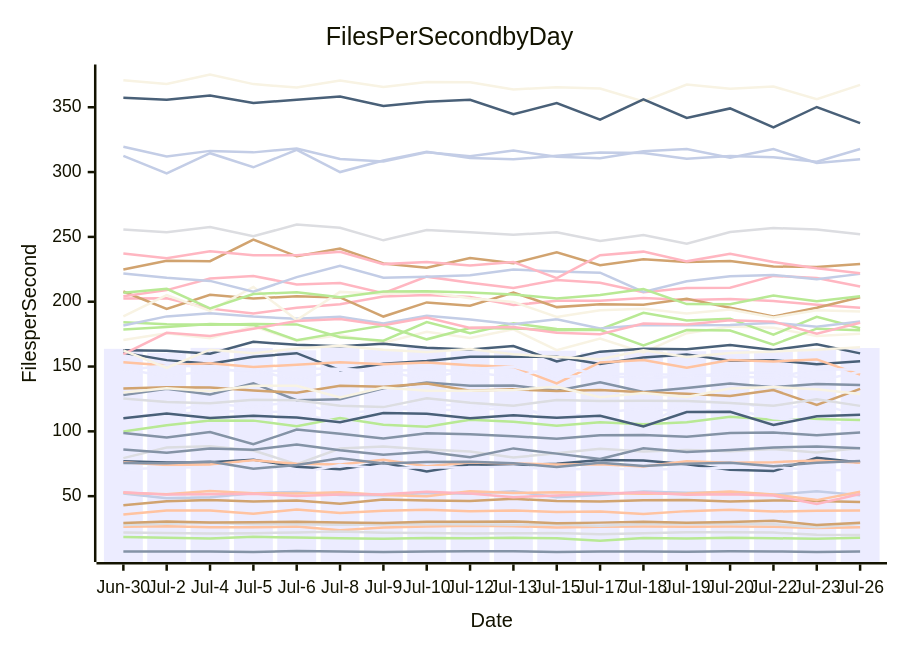
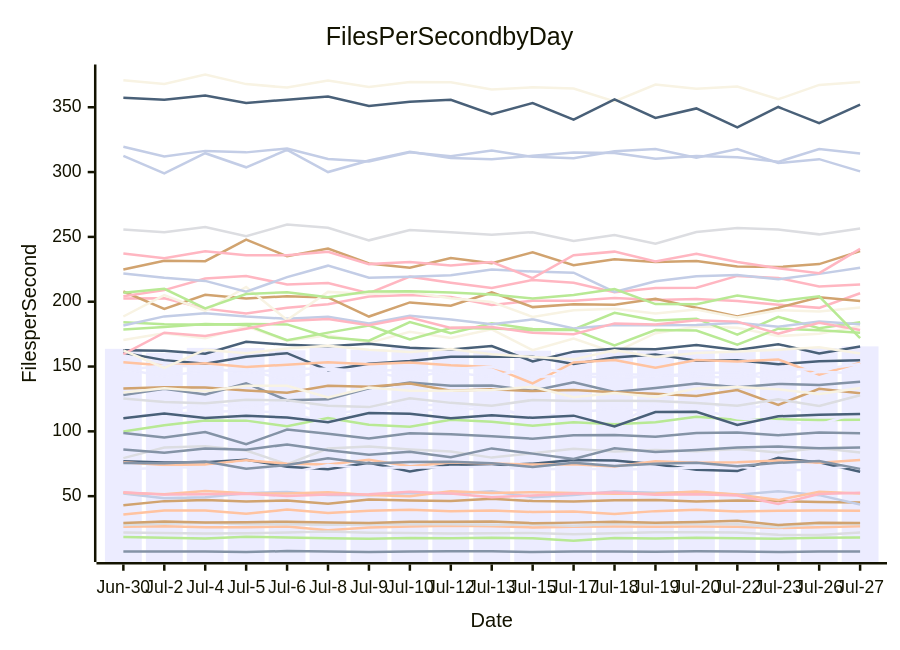
One commit to streetsidesoftware/cspell changed the diagram in perf-report.md. Above: the diagram before and after it, drawn with Mermaid. The commit also changed other lines of this file and 1 other file, not shown here.

````diff
--- a/perf-report.md
+++ b/perf-report.md
@@ -10,57 +10,57 @@
 ```mermaid
 xychart-beta
     title Files Per Second by Day
     y-axis Files per Second
-    x-axis Date [Jun-30, Jul-2, Jul-4, Jul-5, Jul-6, Jul-8, Jul-9, Jul-10, Jul-12, Jul-13, Jul-15, Jul-17, Jul-18, Jul-19, Jul-20, Jul-22, Jul-23, Jul-26]
-    bar [163.65, 160.66, 164.38, 164.27, 162.48, 164.83, 163.05, 164.68, 163.19, 162.43, 162.24, 160.81, 162.11, 161.80, 162.84, 161.83, 163.82, 164.32]
-    line [7.37, 7.23, 7.36, 6.99, 7.61, 7.24, 7.01, 7.27, 7.49, 7.49, 6.93, 7.35, 7.41, 7.13, 7.42, 7.37, 6.94, 7.34]
-    line [26.35, 26.84, 26.11, 26.06, 26.52, 23.76, 25.86, 26.61, 27.13, 26.83, 25.90, 26.40, 26.69, 26.50, 26.68, 26.34, 25.46, 26.08]
-    line [27.82, 28.74, 29.48, 28.36, 28.34, 27.98, 28.10, 28.43, 28.38, 28.02, 28.20, 27.23, 28.58, 28.56, 28.51, 28.41, 26.08, 28.71]
-    line [18.49, 17.94, 17.30, 18.64, 18.07, 17.45, 17.16, 17.77, 17.48, 17.96, 17.52, 15.60, 17.77, 17.44, 17.98, 17.51, 17.20, 17.96]
-    line [42.95, 46.17, 47.03, 45.86, 46.70, 44.23, 47.36, 46.58, 46.27, 47.99, 46.18, 45.89, 46.88, 47.09, 45.82, 46.71, 46.24, 45.49]
-    line [52.00, 48.43, 49.22, 52.34, 53.26, 50.86, 50.66, 52.36, 51.79, 53.82, 49.25, 50.85, 53.53, 52.69, 53.02, 51.19, 53.86, 50.78]
-    line [202.54, 202.72, 194.67, 190.86, 195.33, 197.97, 203.94, 205.22, 203.61, 197.40, 200.74, 200.72, 202.94, 201.36, 202.08, 200.55, 197.73, 195.25]
-    line [160.69, 154.94, 152.23, 157.47, 160.32, 147.14, 152.12, 154.25, 157.55, 157.57, 157.54, 152.05, 156.89, 159.37, 154.51, 154.84, 151.75, 154.10]
-    line [170.49, 175.75, 171.75, 180.95, 169.97, 174.21, 168.28, 176.77, 172.02, 178.72, 162.59, 171.56, 160.94, 175.73, 180.87, 179.86, 173.49, 175.22]
-    line [109.29, 115.47, 121.09, 119.06, 122.86, 112.77, 117.49, 120.30, 120.41, 118.48, 111.84, 112.66, 103.82, 121.72, 123.96, 116.30, 121.57, 112.16]
-    line [127.99, 132.91, 128.52, 136.97, 123.97, 124.67, 133.15, 137.66, 135.26, 135.39, 131.25, 137.83, 130.35, 133.37, 136.93, 134.10, 136.61, 135.79]
-    line [52.69, 51.50, 53.98, 52.25, 52.09, 53.03, 50.88, 50.01, 53.83, 52.41, 53.08, 52.40, 51.77, 52.01, 53.58, 51.27, 46.96, 53.48]
-    line [79.34, 87.51, 88.59, 85.26, 74.62, 86.80, 88.24, 86.00, 84.39, 79.74, 83.17, 86.61, 84.55, 85.67, 84.70, 86.32, 83.67, 87.12]
-    line [99.90, 104.63, 108.43, 108.27, 103.96, 110.20, 105.06, 103.60, 109.02, 107.38, 104.33, 107.04, 105.42, 107.07, 111.31, 108.98, 109.47, 108.84]
-    line [133.08, 134.05, 133.73, 131.56, 129.78, 135.18, 134.44, 136.88, 131.27, 132.43, 131.04, 131.83, 130.19, 128.92, 127.23, 131.88, 120.40, 132.81]
-    line [312.54, 298.93, 314.56, 303.69, 317.11, 300.01, 308.91, 315.76, 310.85, 309.84, 312.53, 315.03, 314.69, 310.30, 312.46, 311.42, 307.91, 317.83]
-    line [53.06, 51.19, 51.40, 51.86, 50.10, 51.21, 51.39, 53.37, 51.98, 49.24, 50.53, 52.10, 52.76, 51.07, 51.44, 50.43, 43.97, 51.67]
-    line [76.89, 75.88, 76.09, 78.08, 72.78, 70.79, 75.77, 69.10, 74.66, 73.66, 75.08, 77.97, 77.53, 74.65, 70.42, 69.35, 79.56, 76.05]
-    line [129.95, 133.16, 130.87, 135.23, 135.13, 126.22, 133.87, 131.35, 131.34, 131.95, 134.40, 126.35, 129.62, 126.47, 133.10, 134.27, 132.41, 128.75]
-    line [111.22, 113.18, 115.07, 115.63, 114.45, 106.87, 117.37, 116.66, 116.21, 118.14, 111.02, 114.16, 117.75, 114.86, 117.38, 110.16, 107.68, 105.10]
-    line [98.76, 95.34, 99.55, 90.07, 101.41, 98.21, 94.52, 98.50, 97.78, 96.17, 94.33, 97.04, 97.24, 95.75, 98.78, 99.06, 97.00, 99.07]
-    line [76.23, 74.07, 74.35, 77.62, 75.07, 74.46, 78.13, 73.01, 75.98, 75.26, 74.39, 74.57, 72.87, 76.84, 75.79, 76.25, 77.55, 75.81]
-    line [21.90, 21.51, 21.13, 21.43, 22.00, 22.72, 21.87, 21.57, 21.20, 21.36, 21.51, 20.58, 21.30, 22.19, 22.10, 21.88, 20.15, 20.04]
-    line [184.14, 182.56, 182.17, 182.82, 182.50, 172.62, 169.88, 184.28, 175.71, 183.39, 178.90, 178.60, 191.51, 185.47, 186.89, 174.56, 188.32, 179.58]
-    line [207.89, 194.40, 205.29, 202.49, 204.26, 203.31, 188.55, 199.47, 196.87, 207.15, 195.83, 198.09, 197.68, 202.31, 195.34, 188.56, 195.30, 203.49]
-    line [181.62, 188.67, 191.18, 188.53, 186.82, 188.38, 183.25, 189.14, 186.31, 182.67, 186.39, 179.31, 182.07, 181.92, 182.11, 183.75, 180.78, 184.81]
-    line [204.16, 208.94, 217.94, 219.88, 213.33, 214.36, 206.61, 219.33, 214.62, 210.58, 216.81, 214.69, 207.39, 210.58, 210.83, 219.91, 218.25, 211.67]
-    line [162.55, 162.26, 159.82, 169.05, 166.75, 165.64, 167.61, 164.48, 163.07, 165.84, 153.93, 161.48, 163.65, 163.25, 166.55, 162.82, 167.25, 160.14]
-    line [188.60, 205.11, 192.90, 211.35, 185.93, 207.58, 205.87, 207.35, 202.66, 199.84, 188.27, 193.42, 194.63, 190.82, 194.01, 187.89, 193.41, 192.42]
-    line [70.54, 72.17, 72.40, 75.76, 67.72, 74.05, 71.58, 72.37, 72.08, 72.80, 70.30, 71.38, 70.52, 71.04, 71.91, 72.70, 69.86, 70.37]
-    line [75.51, 75.45, 76.79, 71.21, 73.99, 79.33, 75.23, 76.27, 76.63, 75.41, 72.48, 75.77, 73.22, 74.96, 75.84, 73.04, 75.74, 77.07]
-    line [153.26, 150.82, 152.56, 149.61, 151.37, 153.34, 151.79, 153.10, 150.91, 149.71, 136.98, 153.14, 154.96, 149.05, 154.95, 153.94, 155.48, 143.79]
-    line [125.39, 122.70, 121.73, 124.30, 123.97, 119.80, 118.70, 125.49, 121.97, 119.76, 124.17, 123.39, 123.52, 123.46, 121.92, 119.72, 124.69, 119.65]
-    line [178.52, 180.47, 182.90, 182.10, 170.31, 176.15, 181.65, 170.98, 179.72, 179.37, 178.07, 178.35, 166.36, 178.14, 177.77, 166.91, 179.23, 177.92]
-    line [29.25, 30.37, 29.62, 29.89, 30.35, 29.68, 29.34, 30.24, 30.35, 30.53, 29.15, 29.59, 30.29, 29.57, 30.13, 31.01, 27.77, 29.48]
-    line [221.76, 218.49, 216.06, 207.77, 218.95, 227.80, 218.56, 219.23, 220.42, 224.78, 223.29, 222.43, 207.49, 215.75, 219.62, 220.62, 217.24, 221.48]
-    line [159.53, 176.05, 173.54, 179.14, 185.15, 186.71, 181.92, 187.82, 179.82, 180.43, 176.01, 174.98, 183.26, 182.49, 185.76, 184.64, 175.39, 183.80]
-    line [110.15, 113.68, 110.37, 111.97, 110.64, 106.95, 114.12, 113.53, 110.15, 112.38, 110.43, 112.10, 103.78, 114.93, 115.08, 104.93, 111.58, 112.75]
-    line [370.89, 367.90, 375.27, 367.85, 365.20, 370.59, 365.59, 369.56, 369.35, 363.79, 365.39, 364.51, 354.54, 367.49, 364.21, 365.97, 356.16, 367.24]
-    line [146.87, 151.06, 149.73, 144.88, 148.36, 148.23, 146.43, 140.41, 147.84, 149.86, 141.85, 143.07, 141.02, 142.51, 144.87, 145.54, 138.82, 146.01]
-    line [86.02, 83.48, 86.69, 85.83, 89.91, 85.41, 81.93, 84.31, 79.99, 86.85, 82.81, 78.74, 86.89, 84.13, 85.63, 87.55, 88.29, 86.90]
-    line [35.86, 38.94, 38.99, 36.38, 39.71, 37.09, 38.73, 39.43, 38.35, 38.90, 37.77, 38.11, 36.22, 38.46, 39.54, 38.13, 38.75, 38.94]
-    line [255.76, 253.64, 257.67, 250.47, 259.54, 257.07, 247.35, 255.25, 253.55, 251.59, 253.64, 246.87, 251.37, 244.82, 253.83, 256.85, 255.68, 251.95]
-    line [206.96, 210.00, 194.85, 205.89, 207.36, 203.52, 207.94, 208.03, 207.20, 205.62, 202.48, 205.11, 209.83, 198.16, 198.05, 204.69, 200.38, 204.18]
-    line [224.78, 231.59, 231.28, 247.94, 235.03, 240.95, 229.51, 226.18, 233.66, 229.73, 238.10, 228.16, 232.72, 230.57, 231.48, 227.16, 226.70, 229.01]
-    line [319.52, 312.08, 316.35, 315.20, 318.22, 310.11, 308.24, 315.35, 312.26, 316.54, 311.74, 310.63, 315.98, 317.85, 311.01, 317.69, 306.96, 309.97]
-    line [237.23, 233.45, 238.97, 235.75, 235.89, 238.48, 229.00, 230.57, 227.85, 230.59, 218.19, 235.84, 238.63, 231.13, 236.94, 230.60, 225.84, 222.04]
-    line [357.30, 355.80, 359.03, 353.22, 355.88, 358.26, 350.93, 354.34, 355.82, 344.62, 353.27, 340.52, 356.06, 341.72, 349.11, 334.55, 350.21, 337.72]
-    line [162.47, 148.90, 163.02, 160.27, 163.84, 166.09, 162.99, 161.12, 163.50, 159.47, 157.31, 155.54, 162.49, 157.44, 160.47, 161.66, 162.86, 164.94]
-    line [148.34, 142.33, 146.88, 147.38, 139.67, 147.61, 146.15, 148.02, 145.81, 141.78, 149.87, 144.29, 144.20, 143.50, 142.28, 141.37, 147.86, 147.77]
+    x-axis Date [Jun-30, Jul-2, Jul-4, Jul-5, Jul-6, Jul-8, Jul-9, Jul-10, Jul-12, Jul-13, Jul-15, Jul-17, Jul-18, Jul-19, Jul-20, Jul-22, Jul-23, Jul-26, Jul-27]
+    bar [163.65, 160.66, 164.38, 164.27, 162.48, 164.83, 163.05, 164.68, 163.19, 162.43, 162.24, 160.81, 162.11, 161.80, 162.84, 161.83, 163.82, 164.32, 165.56]
+    line [7.37, 7.23, 7.36, 6.99, 7.61, 7.24, 7.01, 7.27, 7.49, 7.49, 6.93, 7.35, 7.41, 7.13, 7.42, 7.37, 6.94, 7.34, 7.37]
+    line [26.35, 26.84, 26.11, 26.06, 26.52, 23.76, 25.86, 26.61, 27.13, 26.83, 25.90, 26.40, 26.69, 26.50, 26.68, 26.34, 25.46, 26.08, 26.71]
+    line [27.82, 28.74, 29.48, 28.36, 28.34, 27.98, 28.10, 28.43, 28.38, 28.02, 28.20, 27.23, 28.58, 28.56, 28.51, 28.41, 26.08, 28.71, 28.53]
+    line [18.49, 17.94, 17.30, 18.64, 18.07, 17.45, 17.16, 17.77, 17.48, 17.96, 17.52, 15.60, 17.77, 17.44, 17.98, 17.51, 17.20, 17.96, 18.17]
+    line [42.95, 46.17, 47.03, 45.86, 46.70, 44.23, 47.36, 46.58, 46.27, 47.99, 46.18, 45.89, 46.88, 47.09, 45.82, 46.71, 46.24, 45.49, 45.13]
+    line [52.00, 48.43, 49.22, 52.34, 53.26, 50.86, 50.66, 52.36, 51.79, 53.82, 49.25, 50.85, 53.53, 52.69, 53.02, 51.19, 53.86, 50.78, 43.58]
+    line [202.54, 202.72, 194.67, 190.86, 195.33, 197.97, 203.94, 205.22, 203.61, 197.40, 200.74, 200.72, 202.94, 201.36, 202.08, 200.55, 197.73, 195.25, 206.51]
+    line [160.69, 154.94, 152.23, 157.47, 160.32, 147.14, 152.12, 154.25, 157.55, 157.57, 157.54, 152.05, 156.89, 159.37, 154.51, 154.84, 151.75, 154.10, 154.75]
+    line [170.49, 175.75, 171.75, 180.95, 169.97, 174.21, 168.28, 176.77, 172.02, 178.72, 162.59, 171.56, 160.94, 175.73, 180.87, 179.86, 173.49, 175.22, 181.17]
+    line [109.29, 115.47, 121.09, 119.06, 122.86, 112.77, 117.49, 120.30, 120.41, 118.48, 111.84, 112.66, 103.82, 121.72, 123.96, 116.30, 121.57, 112.16, 111.54]
+    line [127.99, 132.91, 128.52, 136.97, 123.97, 124.67, 133.15, 137.66, 135.26, 135.39, 131.25, 137.83, 130.35, 133.37, 136.93, 134.10, 136.61, 135.79, 138.26]
+    line [52.69, 51.50, 53.98, 52.25, 52.09, 53.03, 50.88, 50.01, 53.83, 52.41, 53.08, 52.40, 51.77, 52.01, 53.58, 51.27, 46.96, 53.48, 52.00]
+    line [79.34, 87.51, 88.59, 85.26, 74.62, 86.80, 88.24, 86.00, 84.39, 79.74, 83.17, 86.61, 84.55, 85.67, 84.70, 86.32, 83.67, 87.12, 83.64]
+    line [99.90, 104.63, 108.43, 108.27, 103.96, 110.20, 105.06, 103.60, 109.02, 107.38, 104.33, 107.04, 105.42, 107.07, 111.31, 108.98, 109.47, 108.84, 109.00]
+    line [133.08, 134.05, 133.73, 131.56, 129.78, 135.18, 134.44, 136.88, 131.27, 132.43, 131.04, 131.83, 130.19, 128.92, 127.23, 131.88, 120.40, 132.81, 129.34]
+    line [312.54, 298.93, 314.56, 303.69, 317.11, 300.01, 308.91, 315.76, 310.85, 309.84, 312.53, 315.03, 314.69, 310.30, 312.46, 311.42, 307.91, 317.83, 314.26]
+    line [53.06, 51.19, 51.40, 51.86, 50.10, 51.21, 51.39, 53.37, 51.98, 49.24, 50.53, 52.10, 52.76, 51.07, 51.44, 50.43, 43.97, 51.67, 52.73]
+    line [76.89, 75.88, 76.09, 78.08, 72.78, 70.79, 75.77, 69.10, 74.66, 73.66, 75.08, 77.97, 77.53, 74.65, 70.42, 69.35, 79.56, 76.05, 68.90]
+    line [129.95, 133.16, 130.87, 135.23, 135.13, 126.22, 133.87, 131.35, 131.34, 131.95, 134.40, 126.35, 129.62, 126.47, 133.10, 134.27, 132.41, 128.75, 133.45]
+    line [111.22, 113.18, 115.07, 115.63, 114.45, 106.87, 117.37, 116.66, 116.21, 118.14, 111.02, 114.16, 117.75, 114.86, 117.38, 110.16, 107.68, 105.10, 115.28]
+    line [98.76, 95.34, 99.55, 90.07, 101.41, 98.21, 94.52, 98.50, 97.78, 96.17, 94.33, 97.04, 97.24, 95.75, 98.78, 99.06, 97.00, 99.07, 98.61]
+    line [76.23, 74.07, 74.35, 77.62, 75.07, 74.46, 78.13, 73.01, 75.98, 75.26, 74.39, 74.57, 72.87, 76.84, 75.79, 76.25, 77.55, 75.81, 77.91]
+    line [21.90, 21.51, 21.13, 21.43, 22.00, 22.72, 21.87, 21.57, 21.20, 21.36, 21.51, 20.58, 21.30, 22.19, 22.10, 21.88, 20.15, 20.04, 21.91]
+    line [184.14, 182.56, 182.17, 182.82, 182.50, 172.62, 169.88, 184.28, 175.71, 183.39, 178.90, 178.60, 191.51, 185.47, 186.89, 174.56, 188.32, 179.58, 184.08]
+    line [207.89, 194.40, 205.29, 202.49, 204.26, 203.31, 188.55, 199.47, 196.87, 207.15, 195.83, 198.09, 197.68, 202.31, 195.34, 188.56, 195.30, 203.49, 200.63]
+    line [181.62, 188.67, 191.18, 188.53, 186.82, 188.38, 183.25, 189.14, 186.31, 182.67, 186.39, 179.31, 182.07, 181.92, 182.11, 183.75, 180.78, 184.81, 182.65]
+    line [204.16, 208.94, 217.94, 219.88, 213.33, 214.36, 206.61, 219.33, 214.62, 210.58, 216.81, 214.69, 207.39, 210.58, 210.83, 219.91, 218.25, 211.67, 213.25]
+    line [162.55, 162.26, 159.82, 169.05, 166.75, 165.64, 167.61, 164.48, 163.07, 165.84, 153.93, 161.48, 163.65, 163.25, 166.55, 162.82, 167.25, 160.14, 165.42]
+    line [188.60, 205.11, 192.90, 211.35, 185.93, 207.58, 205.87, 207.35, 202.66, 199.84, 188.27, 193.42, 194.63, 190.82, 194.01, 187.89, 193.41, 192.42, 195.47]
+    line [70.54, 72.17, 72.40, 75.76, 67.72, 74.05, 71.58, 72.37, 72.08, 72.80, 70.30, 71.38, 70.52, 71.04, 71.91, 72.70, 69.86, 70.37, 73.91]
+    line [75.51, 75.45, 76.79, 71.21, 73.99, 79.33, 75.23, 76.27, 76.63, 75.41, 72.48, 75.77, 73.22, 74.96, 75.84, 73.04, 75.74, 77.07, 71.05]
+    line [153.26, 150.82, 152.56, 149.61, 151.37, 153.34, 151.79, 153.10, 150.91, 149.71, 136.98, 153.14, 154.96, 149.05, 154.95, 153.94, 155.48, 143.79, 152.94]
+    line [125.39, 122.70, 121.73, 124.30, 123.97, 119.80, 118.70, 125.49, 121.97, 119.76, 124.17, 123.39, 123.52, 123.46, 121.92, 119.72, 124.69, 119.65, 127.83]
+    line [178.52, 180.47, 182.90, 182.10, 170.31, 176.15, 181.65, 170.98, 179.72, 179.37, 178.07, 178.35, 166.36, 178.14, 177.77, 166.91, 179.23, 177.92, 175.97]
+    line [29.25, 30.37, 29.62, 29.89, 30.35, 29.68, 29.34, 30.24, 30.35, 30.53, 29.15, 29.59, 30.29, 29.57, 30.13, 31.01, 27.77, 29.48, 29.26]
+    line [221.76, 218.49, 216.06, 207.77, 218.95, 227.80, 218.56, 219.23, 220.42, 224.78, 223.29, 222.43, 207.49, 215.75, 219.62, 220.62, 217.24, 221.48, 226.19]
+    line [159.53, 176.05, 173.54, 179.14, 185.15, 186.71, 181.92, 187.82, 179.82, 180.43, 176.01, 174.98, 183.26, 182.49, 185.76, 184.64, 175.39, 183.80, 178.20]
+    line [110.15, 113.68, 110.37, 111.97, 110.64, 106.95, 114.12, 113.53, 110.15, 112.38, 110.43, 112.10, 103.78, 114.93, 115.08, 104.93, 111.58, 112.75, 113.47]
+    line [370.89, 367.90, 375.27, 367.85, 365.20, 370.59, 365.59, 369.56, 369.35, 363.79, 365.39, 364.51, 354.54, 367.49, 364.21, 365.97, 356.16, 367.24, 369.57]
+    line [146.87, 151.06, 149.73, 144.88, 148.36, 148.23, 146.43, 140.41, 147.84, 149.86, 141.85, 143.07, 141.02, 142.51, 144.87, 145.54, 138.82, 146.01, 144.90]
+    line [86.02, 83.48, 86.69, 85.83, 89.91, 85.41, 81.93, 84.31, 79.99, 86.85, 82.81, 78.74, 86.89, 84.13, 85.63, 87.55, 88.29, 86.90, 87.47]
+    line [35.86, 38.94, 38.99, 36.38, 39.71, 37.09, 38.73, 39.43, 38.35, 38.90, 37.77, 38.11, 36.22, 38.46, 39.54, 38.13, 38.75, 38.94, 38.82]
+    line [255.76, 253.64, 257.67, 250.47, 259.54, 257.07, 247.35, 255.25, 253.55, 251.59, 253.64, 246.87, 251.37, 244.82, 253.83, 256.85, 255.68, 251.95, 256.48]
+    line [206.96, 210.00, 194.85, 205.89, 207.36, 203.52, 207.94, 208.03, 207.20, 205.62, 202.48, 205.11, 209.83, 198.16, 198.05, 204.69, 200.38, 204.18, 172.00]
+    line [224.78, 231.59, 231.28, 247.94, 235.03, 240.95, 229.51, 226.18, 233.66, 229.73, 238.10, 228.16, 232.72, 230.57, 231.48, 227.16, 226.70, 229.01, 239.01]
+    line [319.52, 312.08, 316.35, 315.20, 318.22, 310.11, 308.24, 315.35, 312.26, 316.54, 311.74, 310.63, 315.98, 317.85, 311.01, 317.69, 306.96, 309.97, 300.54]
+    line [237.23, 233.45, 238.97, 235.75, 235.89, 238.48, 229.00, 230.57, 227.85, 230.59, 218.19, 235.84, 238.63, 231.13, 236.94, 230.60, 225.84, 222.04, 240.74]
+    line [357.30, 355.80, 359.03, 353.22, 355.88, 358.26, 350.93, 354.34, 355.82, 344.62, 353.27, 340.52, 356.06, 341.72, 349.11, 334.55, 350.21, 337.72, 352.09]
+    line [162.47, 148.90, 163.02, 160.27, 163.84, 166.09, 162.99, 161.12, 163.50, 159.47, 157.31, 155.54, 162.49, 157.44, 160.47, 161.66, 162.86, 164.94, 160.13]
+    line [148.34, 142.33, 146.88, 147.38, 139.67, 147.61, 146.15, 148.02, 145.81, 141.78, 149.87, 144.29, 144.20, 143.50, 142.28, 141.37, 147.86, 147.77, 151.94]
 ```
````
